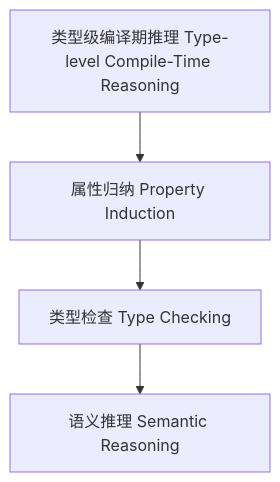
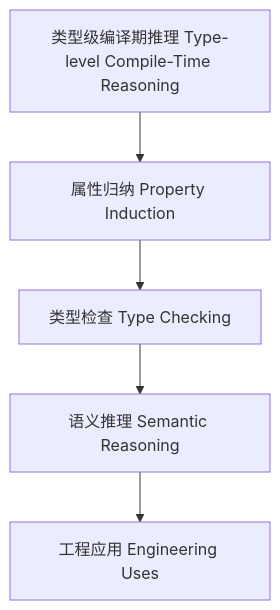
The diagram in docs/analysis/Type-Level/01-Compile-Time-Reasoning.md (AdaMartin18010/haskell), drawn with Mermaid before and after one commit. The commit also changed other lines of this file and 27 other files, not shown here.

````diff
--- a/docs/analysis/Type-Level/01-Compile-Time-Reasoning.md
+++ b/docs/analysis/Type-Level/01-Compile-Time-Reasoning.md
@@ -47,6 +53,7 @@
 ```mermaid
 graph TD
   A["类型级编译期推理 Type-level Compile-Time Reasoning"] --> B["属性归纳 Property Induction"]
   B --> C["类型检查 Type Checking"]
   C --> D["语义推理 Semantic Reasoning"]
+  D --> E["工程应用 Engineering Uses"]
 ```
````
